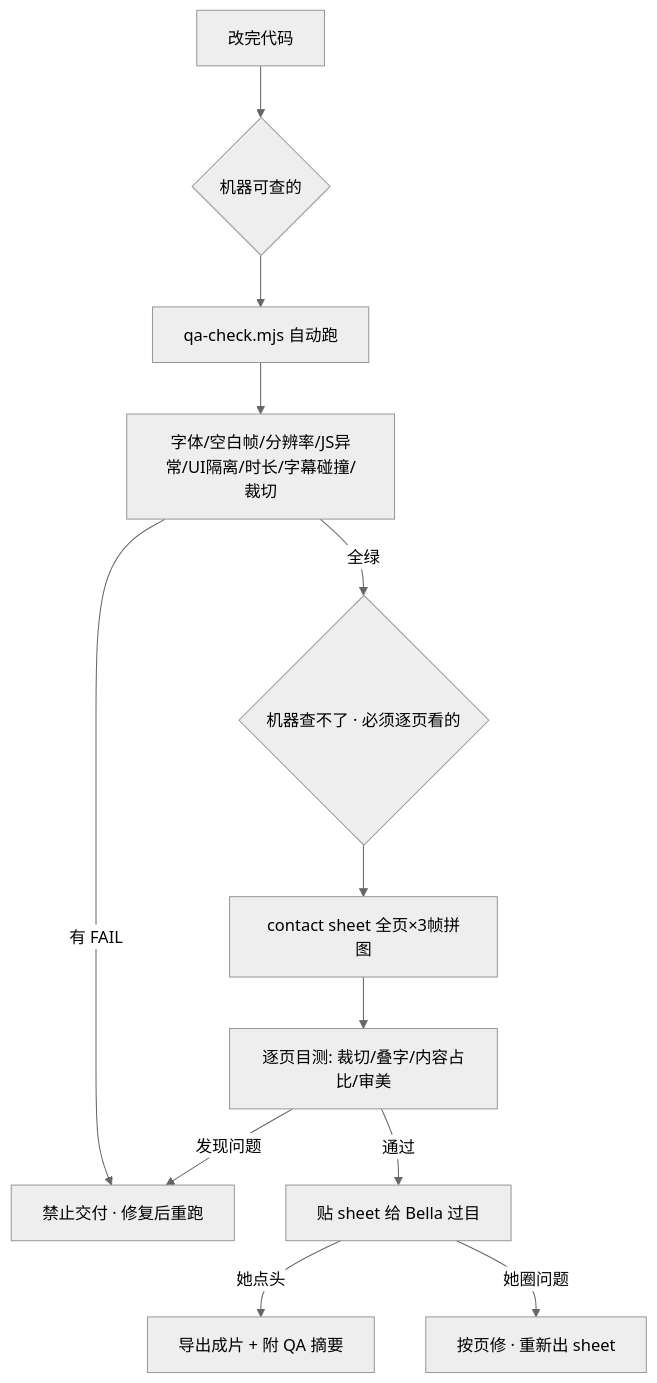
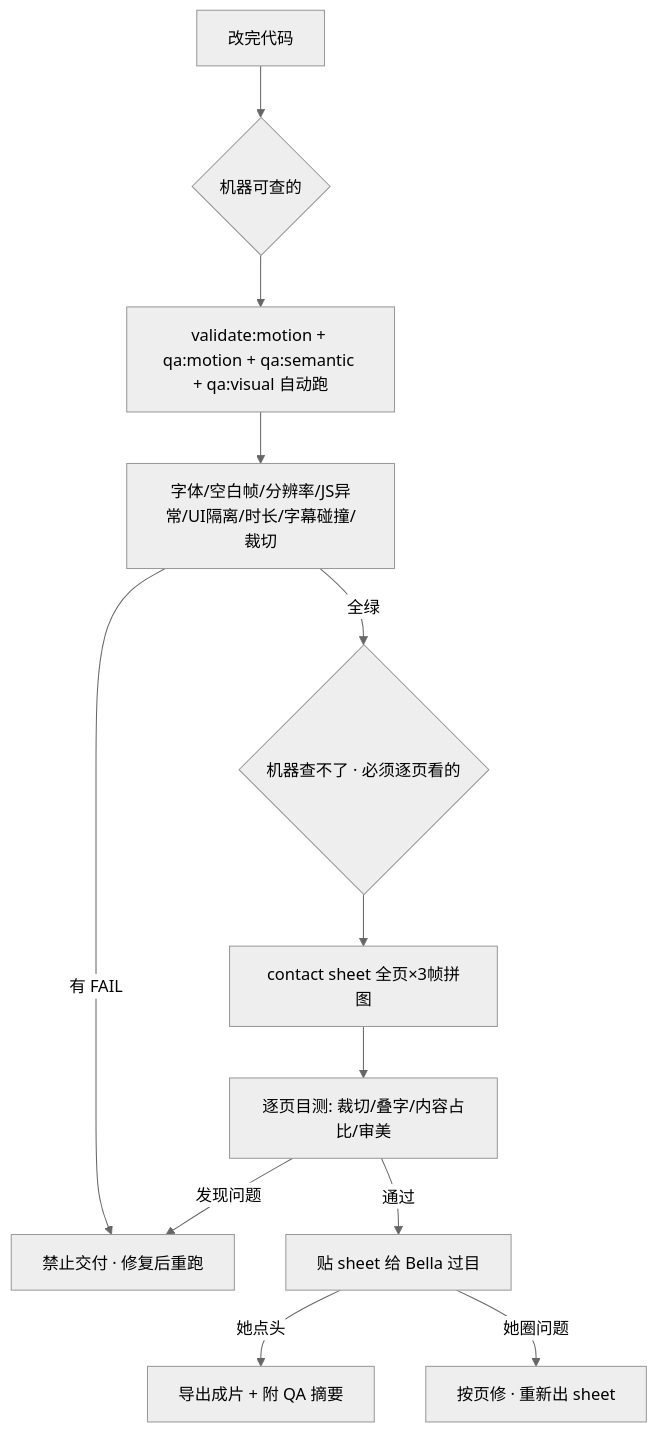
The diagram in references/qa-delivery.md (MarkCheese523/cheese_animation_video), drawn with Mermaid (neutral theme) before and after one commit. The commit also changed other lines of this file and 68 other files, not shown here.

````diff
--- a/references/qa-delivery.md
+++ b/references/qa-delivery.md
@@ -14,14 +35,14 @@
 ```mermaid
 flowchart TD
     A[改完代码] --> B{机器可查的}
-    B --> B1[qa-check.mjs 自动跑]
+    B --> B1[validate:motion + qa:motion + qa:semantic + qa:visual 自动跑]
     B1 --> B2[字体/空白帧/分辨率/JS异常/UI隔离/时长/字幕碰撞/裁切]
     B2 -->|有 FAIL| X[禁止交付 · 修复后重跑]
     B2 -->|全绿| C{机器查不了 · 必须逐页看的}
     C --> C1[contact sheet 全页×3帧拼图]
     C1 --> C2[逐页目测: 裁切/叠字/内容占比/审美]
     C2 -->|发现问题| X
     C2 -->|通过| D[贴 sheet 给 Bella 过目]
     D -->|她点头| E[导出成片 + 附 QA 摘要]
     D -->|她圈问题| F[按页修 · 重新出 sheet]
 ```
````
